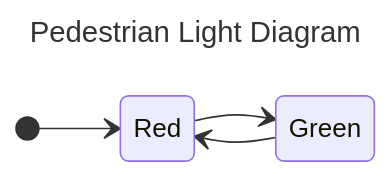
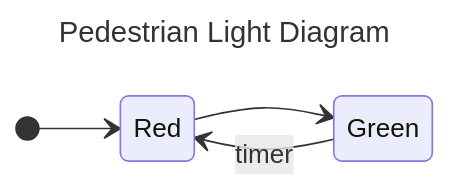
Before and after one commit to VinayakFia/Obsidian: the fifth of 6 diagrams in COMP3153/System Model - Vinayak Fialok.md, drawn with Mermaid. The commit also changed other lines of this file, not shown here.

````diff
--- a/COMP3153/System Model - Vinayak Fialok.md
+++ b/COMP3153/System Model - Vinayak Fialok.md
@@ -109,10 +109,10 @@
 ```mermaid
 ---
 title: Pedestrian Light Diagram
 ---
 stateDiagram-v2
 	direction LR
 	[*] --> Red
 	Red --> Green
-	Green --> Red
+	Green --> Red : timer
 ```
````
